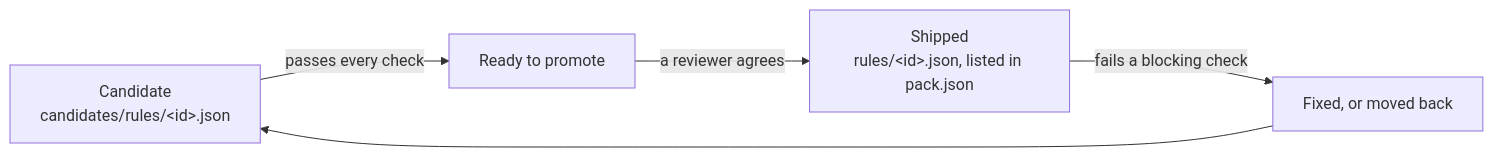
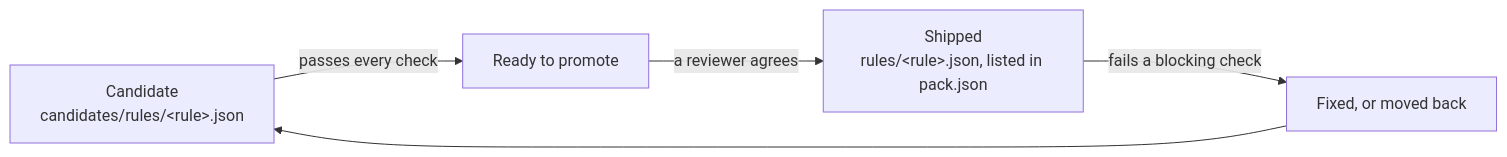
The second of 2 diagrams in docs/porting-a-pack.md (neralabs/rerail), drawn with Mermaid before and after one commit. The commit also changed other lines of this file and 1 other file, not shown here.

First line of the commit message:
Docs: the port guide covers one rule, a new tool-pack and a new pack as equal paths (NER-2236)

````diff
--- a/docs/porting-a-pack.md
+++ b/docs/porting-a-pack.md
@@ -49,7 +285,7 @@
 ```mermaid
 flowchart LR
-  A["Candidate<br/>candidates/rules/&lt;id&gt;.json"] -- "passes every check" --> B["Ready to promote"]
-  B -- "a reviewer agrees" --> C["Shipped<br/>rules/&lt;id&gt;.json, listed in pack.json"]
+  A["Candidate<br/>candidates/rules/&lt;rule&gt;.json"] -- "passes every check" --> B["Ready to promote"]
+  B -- "a reviewer agrees" --> C["Shipped<br/>rules/&lt;rule&gt;.json, listed in pack.json"]
   C -- "fails a blocking check" --> D["Fixed, or moved back"]
   D --> A
 ```
````
